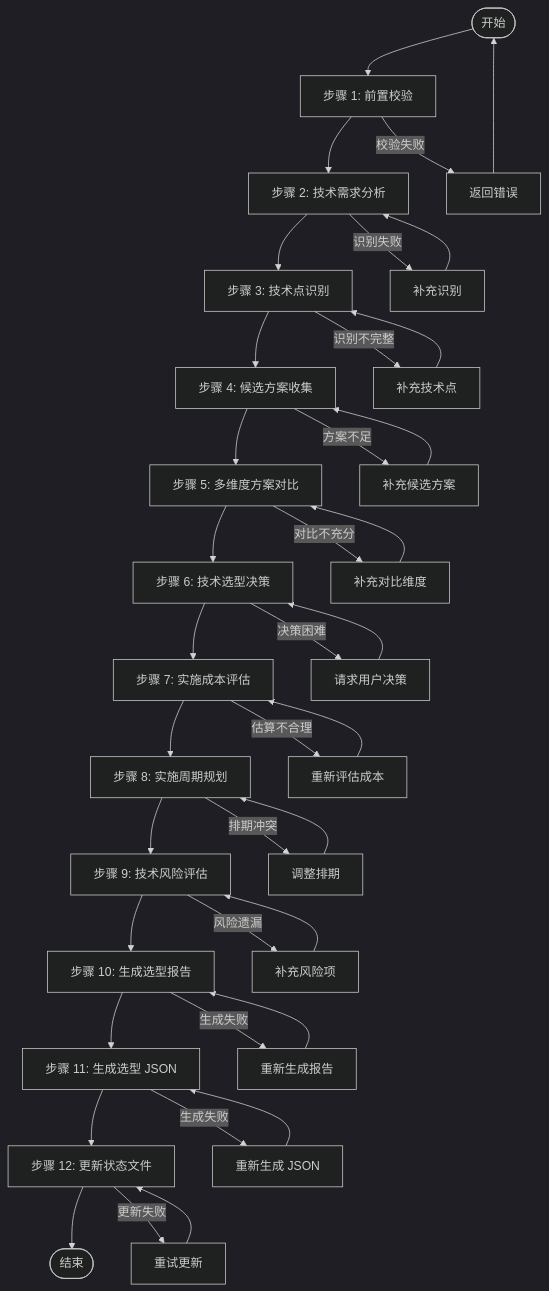
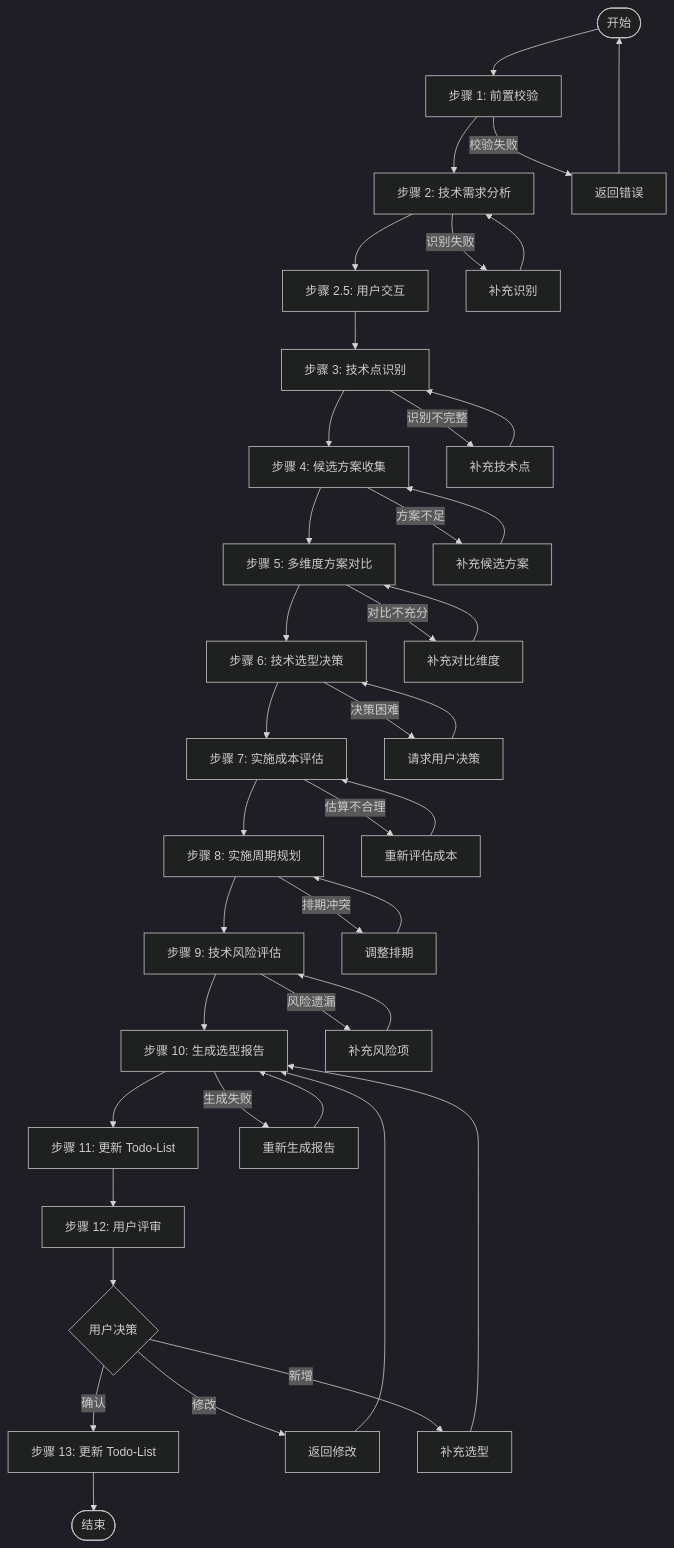
Before and after one commit to HeartFlying/swf: the first of 2 diagrams in skills/s3-technical/skill12-selection/SKILL.md, drawn with Mermaid (dark theme). The commit also changed other lines of this file and 39 other files, not shown here.

````diff
--- a/skills/s3-technical/skill12-selection/SKILL.md
+++ b/skills/s3-technical/skill12-selection/SKILL.md
@@ -116,42 +98,45 @@
 ```mermaid
 flowchart TD
     Start([开始]) --> Step1[步骤 1: 前置校验]
     Step1 --> Step2[步骤 2: 技术需求分析]
-    Step2 --> Step3[步骤 3: 技术点识别]
+    Step2 --> Step2.5[步骤 2.5: 用户交互]
+    Step2.5 --> Step3[步骤 3: 技术点识别]
     Step3 --> Step4[步骤 4: 候选方案收集]
     Step4 --> Step5[步骤 5: 多维度方案对比]
     Step5 --> Step6[步骤 6: 技术选型决策]
     Step6 --> Step7[步骤 7: 实施成本评估]
     Step7 --> Step8[步骤 8: 实施周期规划]
     Step8 --> Step9[步骤 9: 技术风险评估]
     Step9 --> Step10[步骤 10: 生成选型报告]
-    Step10 --> Step11[步骤 11: 生成选型 JSON]
-    Step11 --> Step12[步骤 12: 更新状态文件]
-    Step12 --> End([结束])
+    Step10 --> Step11[步骤 11: 更新 Todo-List]
+    Step11 --> Step12[步骤 12: 用户评审]
+    Step12 --> Decision{用户决策}
+    Decision -->|确认| Step13[步骤 13: 更新 Todo-List]
+    Decision -->|修改| Modify[返回修改]
+    Decision -->|新增| Add[补充选型]
+    Step13 --> End([结束])
+    Modify --> Step10
+    Add --> Step10
     
-    Step1 -->|校验失败 | Error1[返回错误]
-    Step2 -->|识别失败 | Error2[补充识别]
-    Step3 -->|识别不完整 | Error3[补充技术点]
-    Step4 -->|方案不足 | Error4[补充候选方案]
-    Step5 -->|对比不充分 | Error5[补充对比维度]
-    Step6 -->|决策困难 | Error6[请求用户决策]
-    Step7 -->|估算不合理 | Error7[重新评估成本]
-    Step8 -->|排期冲突 | Error8[调整排期]
-    Step9 -->|风险遗漏 | Error9[补充风险项]
-    Step10 -->|生成失败 | Error10[重新生成报告]
-    Step11 -->|生成失败 | Error11[重新生成 JSON]
-    Step12 -->|更新失败 | Error12[重试更新]
+    Step1 -->|校验失败| Error1[返回错误]
+    Step2 -->|识别失败| Error2[补充识别]
+    Step3 -->|识别不完整| Error3[补充技术点]
+    Step4 -->|方案不足| Error4[补充候选方案]
+    Step5 -->|对比不充分| Error5[补充对比维度]
+    Step6 -->|决策困难| Error6[请求用户决策]
+    Step7 -->|估算不合理| Error7[重新评估成本]
+    Step8 -->|排期冲突| Error8[调整排期]
+    Step9 -->|风险遗漏| Error9[补充风险项]
+    Step10 -->|生成失败| Error10[重新生成报告]
     
     Error1 --> Start
     Error2 --> Step2
     Error3 --> Step3
     Error4 --> Step4
     Error5 --> Step5
     Error6 --> Step6
     Error7 --> Step7
     Error8 --> Step8
     Error9 --> Step9
     Error10 --> Step10
-    Error11 --> Step11
-    Error12 --> Step12
 ```
````
